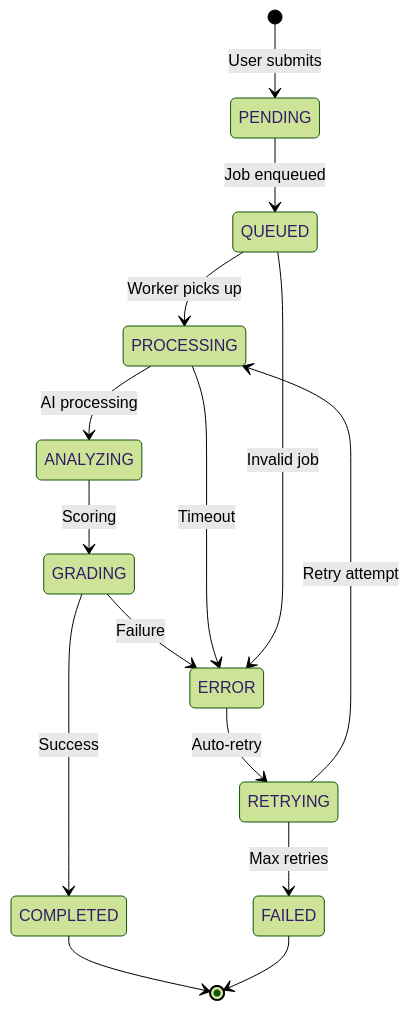
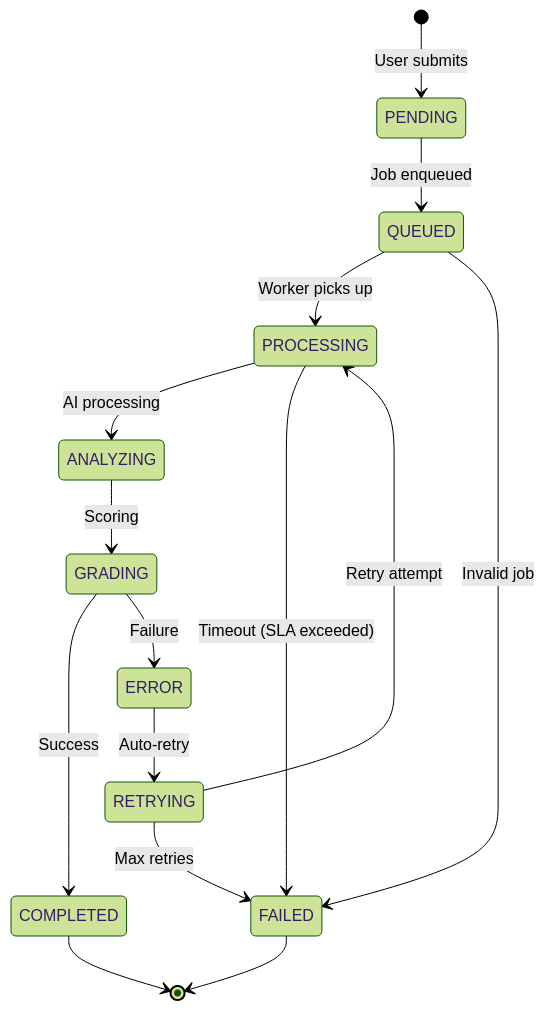
The sixth of 13 diagrams in docs/capstone/diagrams/flow-diagrams.vi.md (nghyane/VSTEP), drawn with Mermaid (forest theme) before and after one commit. The commit also changed other lines of this file and 9 other files, not shown here.

````diff
--- a/docs/capstone/diagrams/flow-diagrams.vi.md
+++ b/docs/capstone/diagrams/flow-diagrams.vi.md
@@ -461,17 +501,17 @@
 ```mermaid
 stateDiagram-v2
     [*] --> PENDING: User submits
     PENDING --> QUEUED: Job enqueued
     QUEUED --> PROCESSING: Worker picks up
     PROCESSING --> ANALYZING: AI processing
     ANALYZING --> GRADING: Scoring
     GRADING --> COMPLETED: Success
     GRADING --> ERROR: Failure
-    PROCESSING --> ERROR: Timeout
-    QUEUED --> ERROR: Invalid job
+    PROCESSING --> FAILED: Timeout (SLA exceeded)
+    QUEUED --> FAILED: Invalid job
     ERROR --> RETRYING: Auto-retry
     RETRYING --> PROCESSING: Retry attempt
     RETRYING --> FAILED: Max retries
     COMPLETED --> [*]
     FAILED --> [*]
 ```
````
